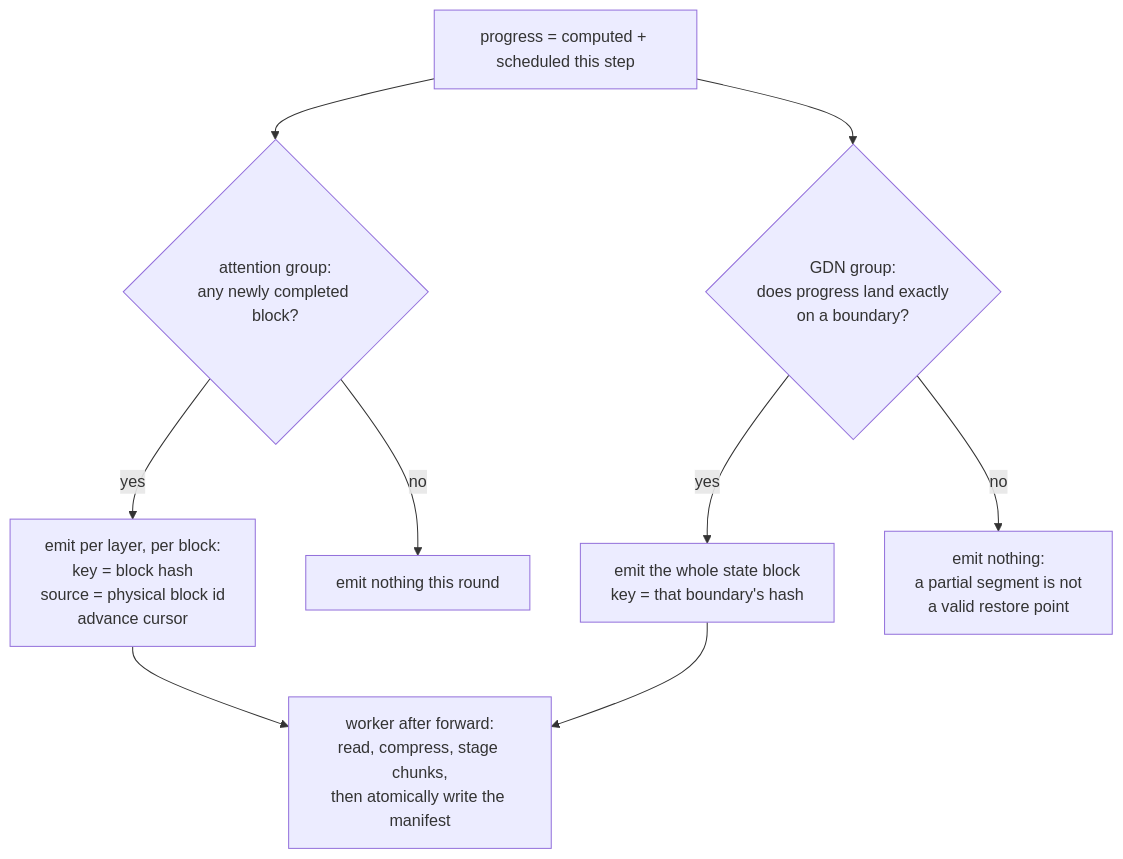
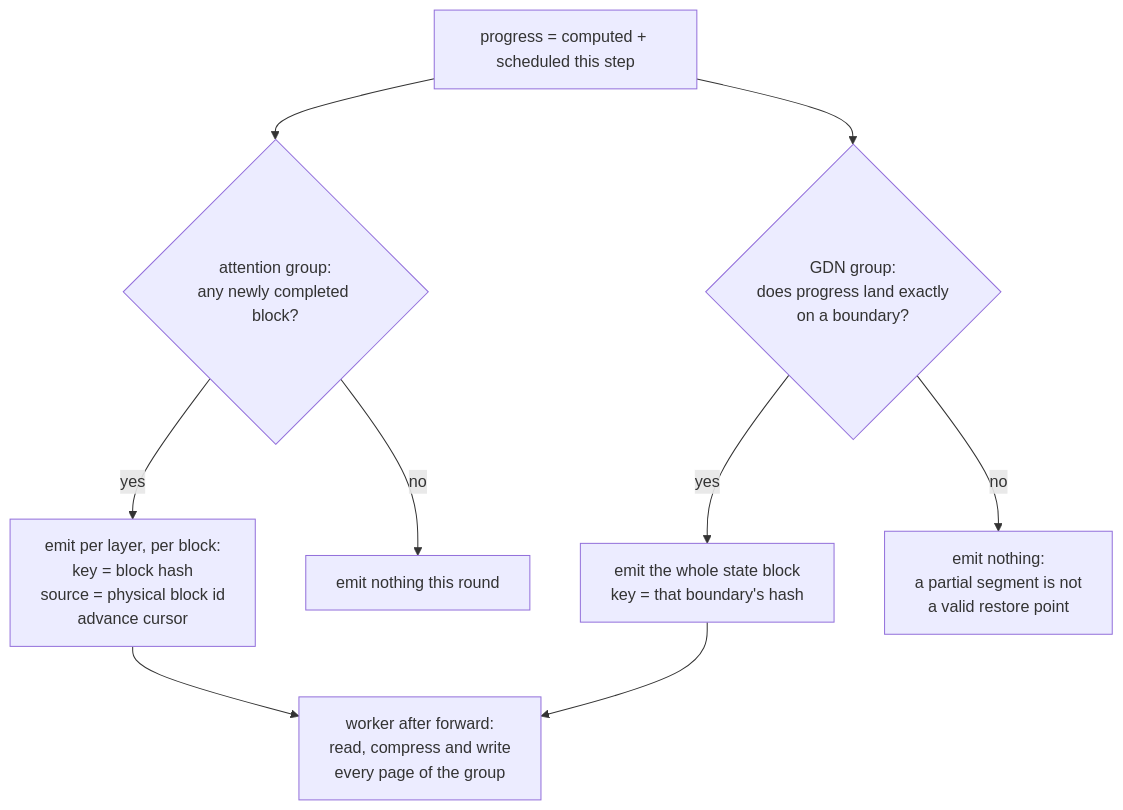
Before and after one commit to cocotyty/intel-accel-for-llm: the fifth of 6 diagrams in doc/design/kvshrink-hybrid.md, drawn with Mermaid. The commit also changed other lines of this file and 3 other files, not shown here.

````diff
--- a/doc/design/kvshrink-hybrid.md
+++ b/doc/design/kvshrink-hybrid.md
@@ -301,11 +296,11 @@
 ```mermaid
 flowchart TD
     P["progress = computed + scheduled this step"] --> Q{attention group:<br/>any newly completed block?}
     Q -- yes --> R[emit per layer, per block:<br/>key = block hash<br/>source = physical block id<br/>advance cursor]
     Q -- no --> S[emit nothing this round]
     P --> M{GDN group:<br/>does progress land exactly<br/>on a boundary?}
     M -- yes --> N[emit the whole state block<br/>key = that boundary's hash]
     M -- no --> O[emit nothing:<br/>a partial segment is not<br/>a valid restore point]
-    R --> X[worker after forward:<br/>read, compress, stage chunks,<br/>then atomically write the manifest]
+    R --> X[worker after forward:<br/>read, compress and write<br/>every page of the group]
     N --> X
 ```
````
